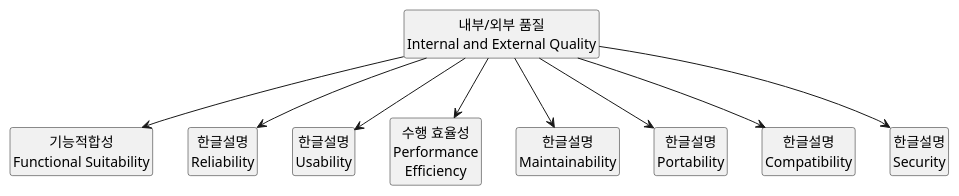
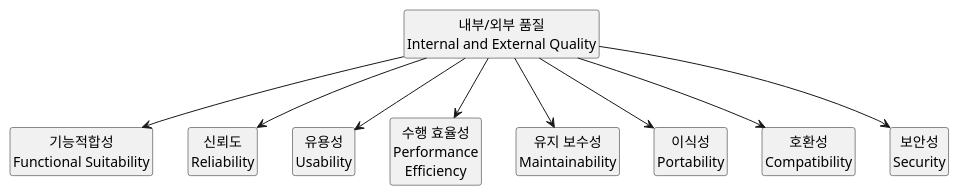
Before and after one commit to vomvoru/vomvoru.github.io: the first of 7 diagrams in _drafts/2017/2017-05-19-how-to-write-beautiful-code.md, drawn with PlantUML. The commit also changed other lines of this file and 2 other files, not shown here.

````diff
--- a/_drafts/2017/2017-05-19-how-to-write-beautiful-code.md
+++ b/_drafts/2017/2017-05-19-how-to-write-beautiful-code.md
@@ -33,19 +32,19 @@
 ```plantuml
 @startuml
 
 class "내부/외부 품질\nInternal and External Quality"
 
 "내부/외부 품질\nInternal and External Quality" --> "기능적합성\nFunctional Suitability"
-"내부/외부 품질\nInternal and External Quality" --> "한글설명\nReliability"
-"내부/외부 품질\nInternal and External Quality" --> "한글설명\nUsability"
+"내부/외부 품질\nInternal and External Quality" --> "신뢰도\nReliability"
+"내부/외부 품질\nInternal and External Quality" --> "유용성\nUsability"
 "내부/외부 품질\nInternal and External Quality" --> "수행 효율성\nPerformance\nEfficiency"
-"내부/외부 품질\nInternal and External Quality" --> "한글설명\nMaintainability"
-"내부/외부 품질\nInternal and External Quality" --> "한글설명\nPortability"
-"내부/외부 품질\nInternal and External Quality" --> "한글설명\nCompatibility"
-"내부/외부 품질\nInternal and External Quality" --> "한글설명\nSecurity"
+"내부/외부 품질\nInternal and External Quality" --> "유지 보수성\nMaintainability"
+"내부/외부 품질\nInternal and External Quality" --> "이식성\nPortability"
+"내부/외부 품질\nInternal and External Quality" --> "호환성\nCompatibility"
+"내부/외부 품질\nInternal and External Quality" --> "보안성\nSecurity"
 
 hide empty fields
 hide empty methods
 hide circle
 @enduml
 ```
````
